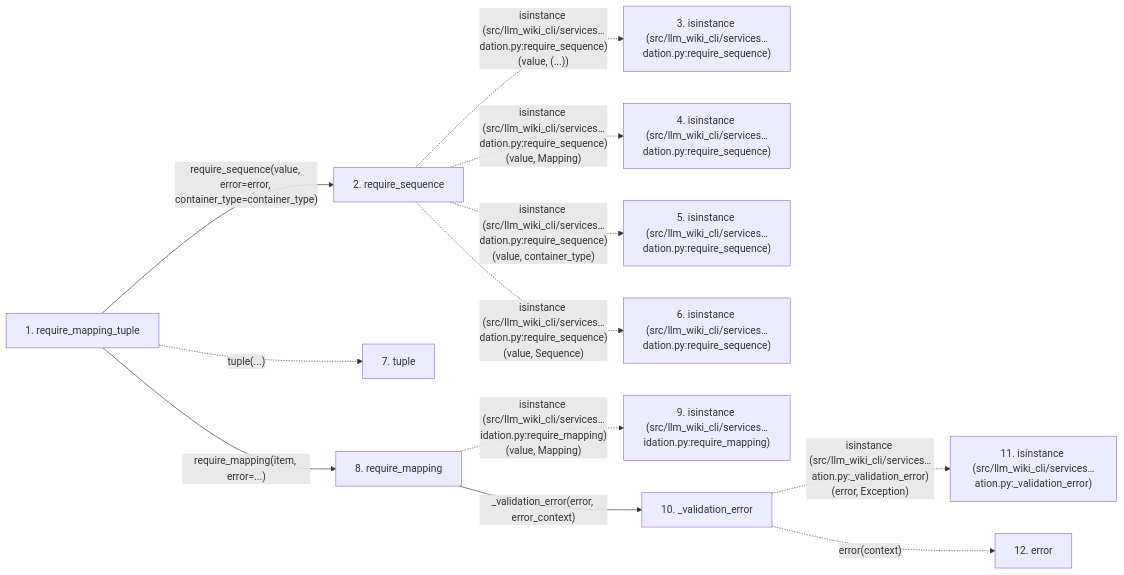
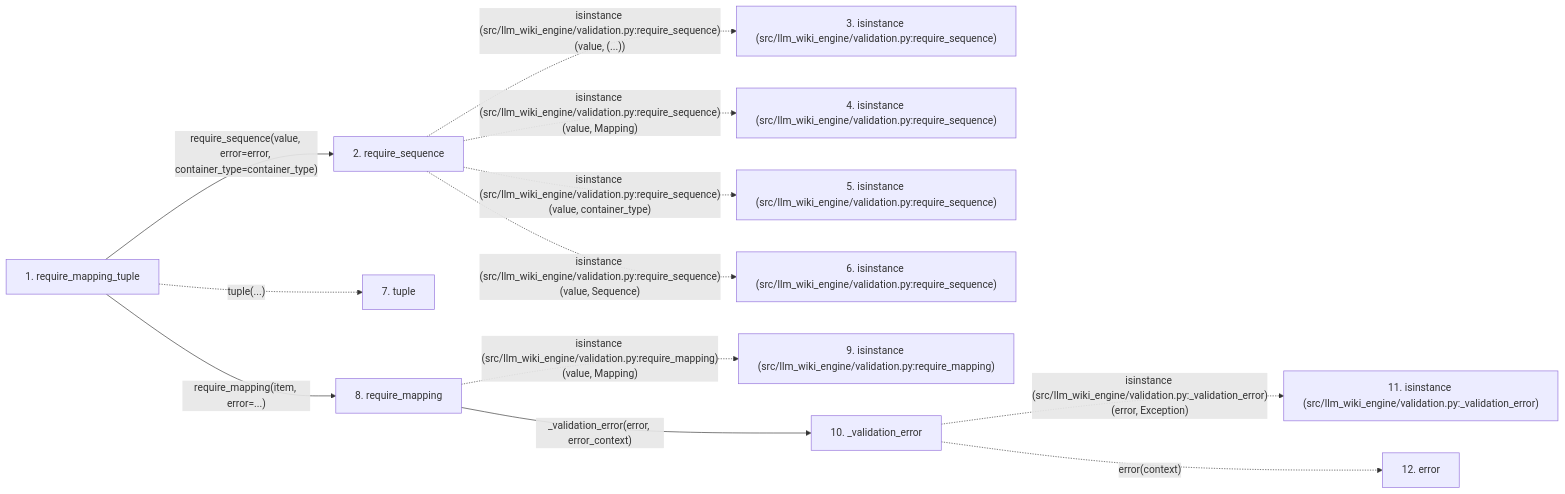
One commit to Denissvgn/python-wiki-llm changed the second of 2 diagrams in docs/llm_wiki/flows/api-require_mapping_tuple.md. Above: the diagram before and after it, drawn with Mermaid. The commit also changed other lines of this file and 1103 other files, not shown here.

First line of the commit message:
docs: refresh the wiki for the llm-wiki-engine distribution

````diff
--- a/docs/llm_wiki/flows/api-require_mapping_tuple.md
+++ b/docs/llm_wiki/flows/api-require_mapping_tuple.md
@@ -58,30 +58,30 @@
 ```mermaid
 flowchart LR
     s1["1. require_mapping_tuple"]
     s2["2. require_sequence"]
-    s3["3. isinstance (src/llm_wiki_cli/services…dation.py:require_sequence)"]
-    s4["4. isinstance (src/llm_wiki_cli/services…dation.py:require_sequence)"]
-    s5["5. isinstance (src/llm_wiki_cli/services…dation.py:require_sequence)"]
-    s6["6. isinstance (src/llm_wiki_cli/services…dation.py:require_sequence)"]
+    s3["3. isinstance (src/llm_wiki_engine/validation.py:require_sequence)"]
+    s4["4. isinstance (src/llm_wiki_engine/validation.py:require_sequence)"]
+    s5["5. isinstance (src/llm_wiki_engine/validation.py:require_sequence)"]
+    s6["6. isinstance (src/llm_wiki_engine/validation.py:require_sequence)"]
     s7["7. tuple"]
     s8["8. require_mapping"]
-    s9["9. isinstance (src/llm_wiki_cli/services…idation.py:require_mapping)"]
+    s9["9. isinstance (src/llm_wiki_engine/validation.py:require_mapping)"]
     s10["10. _validation_error"]
-    s11["11. isinstance (src/llm_wiki_cli/services…ation.py:_validation_error)"]
+    s11["11. isinstance (src/llm_wiki_engine/validation.py:_validation_error)"]
     s12["12. error"]
     s1 -->|"require_sequence(value, error=error, container_type=container_type)"| s2
-    s2 -. "isinstance (src/llm_wiki_cli/services…dation.py:require_sequence)(value, (...))" .-> s3
-    s2 -. "isinstance (src/llm_wiki_cli/services…dation.py:require_sequence)(value, Mapping)" .-> s4
-    s2 -. "isinstance (src/llm_wiki_cli/services…dation.py:require_sequence)(value, container_type)" .-> s5
-    s2 -. "isinstance (src/llm_wiki_cli/services…dation.py:require_sequence)(value, Sequence)" .-> s6
+    s2 -. "isinstance (src/llm_wiki_engine/validation.py:require_sequence)(value, (...))" .-> s3
+    s2 -. "isinstance (src/llm_wiki_engine/validation.py:require_sequence)(value, Mapping)" .-> s4
+    s2 -. "isinstance (src/llm_wiki_engine/validation.py:require_sequence)(value, container_type)" .-> s5
+    s2 -. "isinstance (src/llm_wiki_engine/validation.py:require_sequence)(value, Sequence)" .-> s6
     s1 -. "tuple(...)" .-> s7
     s1 -->|"require_mapping(item, error=...)"| s8
-    s8 -. "isinstance (src/llm_wiki_cli/services…idation.py:require_mapping)(value, Mapping)" .-> s9
+    s8 -. "isinstance (src/llm_wiki_engine/validation.py:require_mapping)(value, Mapping)" .-> s9
     s8 -->|"_validation_error(error, error_context)"| s10
-    s10 -. "isinstance (src/llm_wiki_cli/services…ation.py:_validation_error)(error, Exception)" .-> s11
+    s10 -. "isinstance (src/llm_wiki_engine/validation.py:_validation_error)(error, Exception)" .-> s11
     s10 -. "error(context)" .-> s12
     click s1 "../modules/validation.md"
     click s2 "../modules/validation.md"
     click s8 "../modules/validation.md"
     click s10 "../modules/validation.md"
 ```
````
